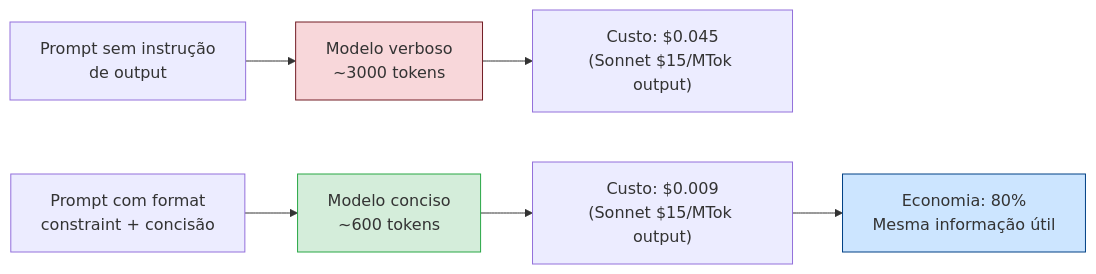
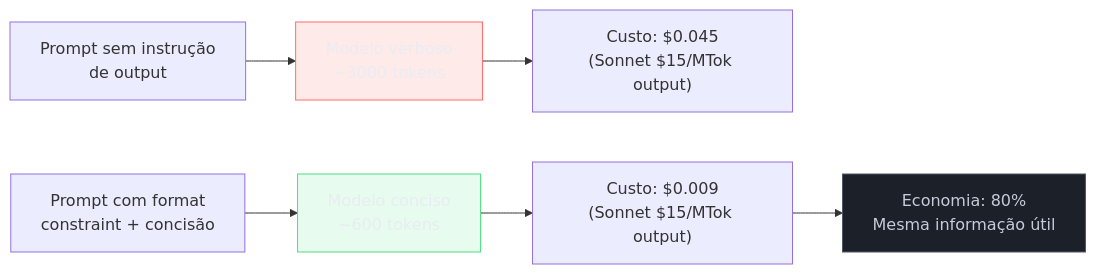
One commit to josenaldo/codex-technomanticus changed the diagram in 03-Dominios/Tecnologia/IA/Economia de Tokens/13 - Respostas concisas — controlar output tokens.md. Above: the diagram before and after it, drawn with Mermaid. The commit also changed 1181 other files, not shown here.

First line of the commit message:
fix(diagramas): paleta do sistema no lugar de cor cravada no markdown

````diff
--- a/03-Dominios/Tecnologia/IA/Economia de Tokens/13 - Respostas concisas — controlar output tokens.md
+++ b/03-Dominios/Tecnologia/IA/Economia de Tokens/13 - Respostas concisas — controlar output tokens.md
@@ -54,14 +54,17 @@
 ```mermaid
 flowchart LR
+    classDef falha fill:#FF6B6B24,stroke:#FF6B6B,color:#E9ECF2
+    classDef ok fill:#4ADE8021,stroke:#4ADE80,color:#E9ECF2
+    classDef neutro fill:#1B2029,stroke:#4E5666,color:#C6CCD8
     A["Prompt sem instrução\nde output"] --> B["Modelo verboso\n~3000 tokens"]
     C["Prompt com format\nconstraint + concisão"] --> D["Modelo conciso\n~600 tokens"]
     
     B --> E["Custo: $0.045\n(Sonnet $15/MTok output)"]
     D --> F["Custo: $0.009\n(Sonnet $15/MTok output)"]
     
     F --> G["Economia: 80%\nMesma informação útil"]
 
-    style B fill:#f8d7da,stroke:#721c24
-    style D fill:#d4edda,stroke:#28a745
-    style G fill:#cce5ff,stroke:#004085
+    class B falha
+    class D ok
+    class G neutro
 ```
````
